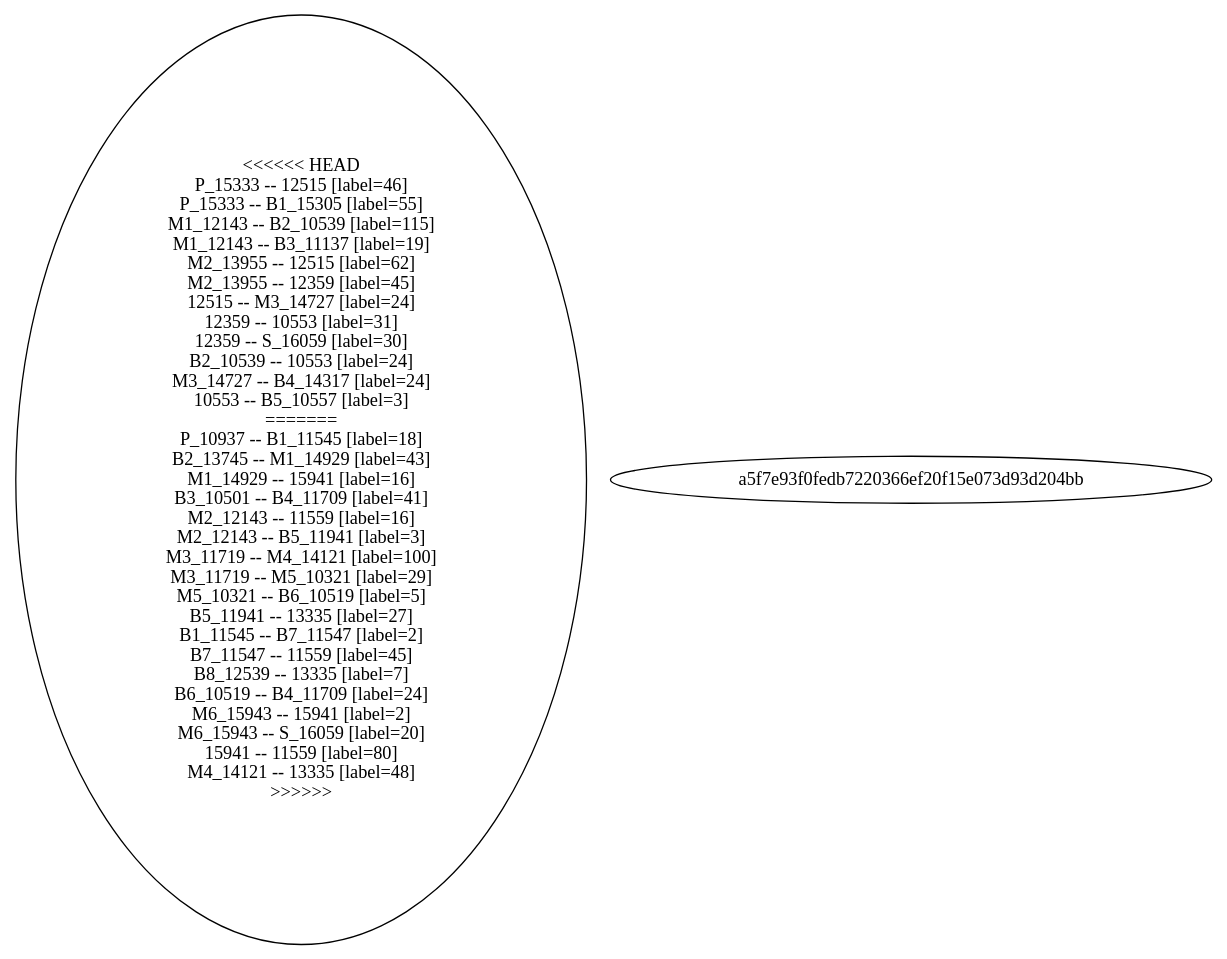
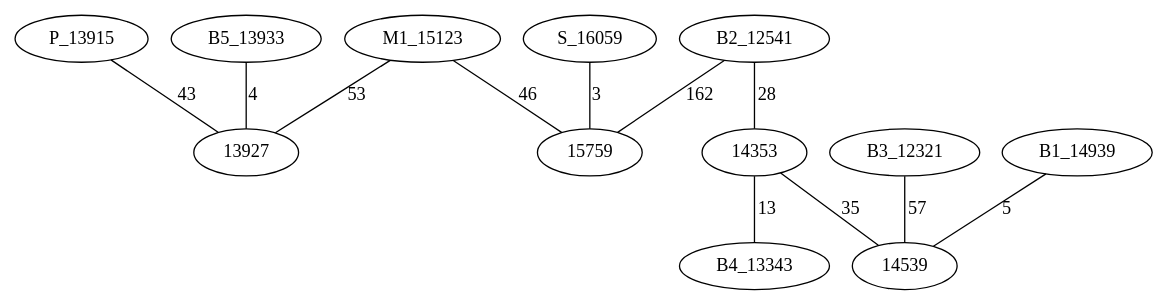
Before and after one commit to AsmNoob/Labyrinthe: the diagram in Graph.dot, drawn with Graphviz. The commit also changed 2 other files, not shown here.

```diff
--- a/Graph.dot
+++ b/Graph.dot
@@ -1,37 +1,15 @@
 graph chemin {
 
-<<<<<<< HEAD
-	P_15333 -- 12515 [label=46]
-	P_15333 -- B1_15305 [label=55]
-	M1_12143 -- B2_10539 [label=115]
-	M1_12143 -- B3_11137 [label=19]
-	M2_13955 -- 12515 [label=62]
-	M2_13955 -- 12359 [label=45]
-	12515 -- M3_14727 [label=24]
-	12359 -- 10553 [label=31]
-	12359 -- S_16059 [label=30]
-	B2_10539 -- 10553 [label=24]
-	M3_14727 -- B4_14317 [label=24]
-	10553 -- B5_10557 [label=3]
-=======
-	P_10937 -- B1_11545 [label=18]
-	B2_13745 -- M1_14929 [label=43]
-	M1_14929 -- 15941 [label=16]
-	B3_10501 -- B4_11709 [label=41]
-	M2_12143 -- 11559 [label=16]
-	M2_12143 -- B5_11941 [label=3]
-	M3_11719 -- M4_14121 [label=100]
-	M3_11719 -- M5_10321 [label=29]
-	M5_10321 -- B6_10519 [label=5]
-	B5_11941 -- 13335 [label=27]
-	B1_11545 -- B7_11547 [label=2]
-	B7_11547 -- 11559 [label=45]
-	B8_12539 -- 13335 [label=7]
-	B6_10519 -- B4_11709 [label=24]
-	M6_15943 -- 15941 [label=2]
-	M6_15943 -- S_16059 [label=20]
-	15941 -- 11559 [label=80]
-	M4_14121 -- 13335 [label=48]
->>>>>>> a5f7e93f0fedb7220366ef20f15e073d93d204bb
+	P_13915 -- 13927 [label=43]
+	B1_14939 -- 14539 [label=5]
+	B2_12541 -- 15759 [label=162]
+	B2_12541 -- 14353 [label=28]
+	B3_12321 -- 14539 [label=57]
+	M1_15123 -- 15759 [label=46]
+	M1_15123 -- 13927 [label=53]
+	14353 -- B4_13343 [label=13]
+	14353 -- 14539 [label=35]
+	B5_13933 -- 13927 [label=4]
+	S_16059 -- 15759 [label=3]
 
 }
```
